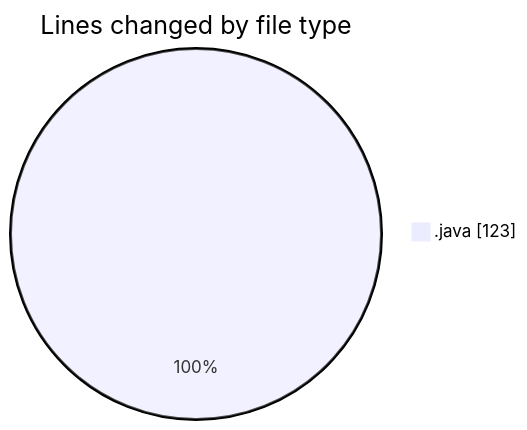
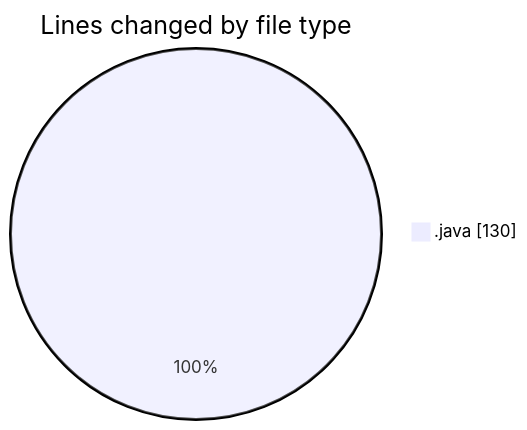
The first of 2 diagrams in 2025-03-25/startfiles/README.md (NitaiMahat/code-tracking), drawn with Mermaid before and after one commit. The commit also changed other lines of this file and 1 other file, not shown here.

````diff
--- a/2025-03-25/startfiles/README.md
+++ b/2025-03-25/startfiles/README.md
@@ -20,5 +20,5 @@
 ```mermaid
 pie showData
 title Lines changed by file type
-".java" : 123
+".java" : 130
 ```
````
